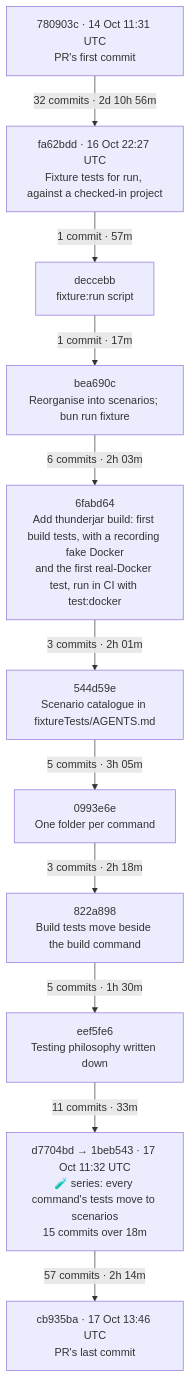
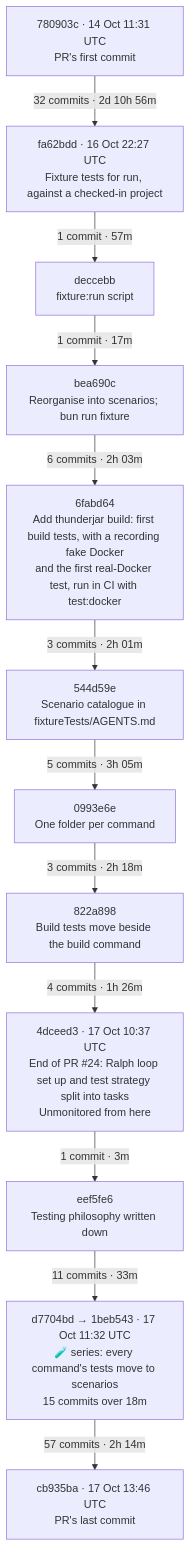
One commit to dwjohnston/thunderjar changed the diagram in project-md/research/fixture-test-patterns.md. Above: the diagram before and after it, drawn with Mermaid.

Commit message:
🤖 Copilot: Mark where PR #24 ends in the fixture pattern timeline
Session ID: d3a8cf20-2565-4bc0-8e46-ebf0aa22dc41
Copilot SDK in VS Code

````diff
--- a/project-md/research/fixture-test-patterns.md
+++ b/project-md/research/fixture-test-patterns.md
@@ -19,14 +19,15 @@
 ```mermaid
 flowchart TD
     S["780903c · 14 Oct 11:31 UTC<br/>PR's first commit"] -->|"32 commits · 2d 10h 56m"| A
     A["fa62bdd · 16 Oct 22:27 UTC<br/>Fixture tests for run, against a checked-in project"] -->|"1 commit · 57m"| B
     B["deccebb<br/>fixture:run script"] -->|"1 commit · 17m"| C
     C["bea690c<br/>Reorganise into scenarios; bun run fixture"] -->|"6 commits · 2h 03m"| C2
     C2["6fabd64<br/>Add thunderjar build: first build tests, with a recording fake Docker<br/>and the first real-Docker test, run in CI with test:docker"] -->|"3 commits · 2h 01m"| D
     D["544d59e<br/>Scenario catalogue in fixtureTests/AGENTS.md"] -->|"5 commits · 3h 05m"| E1
     E1["0993e6e<br/>One folder per command"] -->|"3 commits · 2h 18m"| E2
-    E2["822a898<br/>Build tests move beside the build command"] -->|"5 commits · 1h 30m"| F
+    E2["822a898<br/>Build tests move beside the build command"] -->|"4 commits · 1h 26m"| P
+    P["4dceed3 · 17 Oct 10:37 UTC<br/>End of PR #24: Ralph loop set up and test strategy split into tasks<br/>Unmonitored from here"] -->|"1 commit · 3m"| F
     F["eef5fe6<br/>Testing philosophy written down"] -->|"11 commits · 33m"| G
     G["d7704bd → 1beb543 · 17 Oct 11:32 UTC<br/>🧪 series: every command's tests move to scenarios<br/>15 commits over 18m"] -->|"57 commits · 2h 14m"| T
     T["cb935ba · 17 Oct 13:46 UTC<br/>PR's last commit"]
 ```
````
